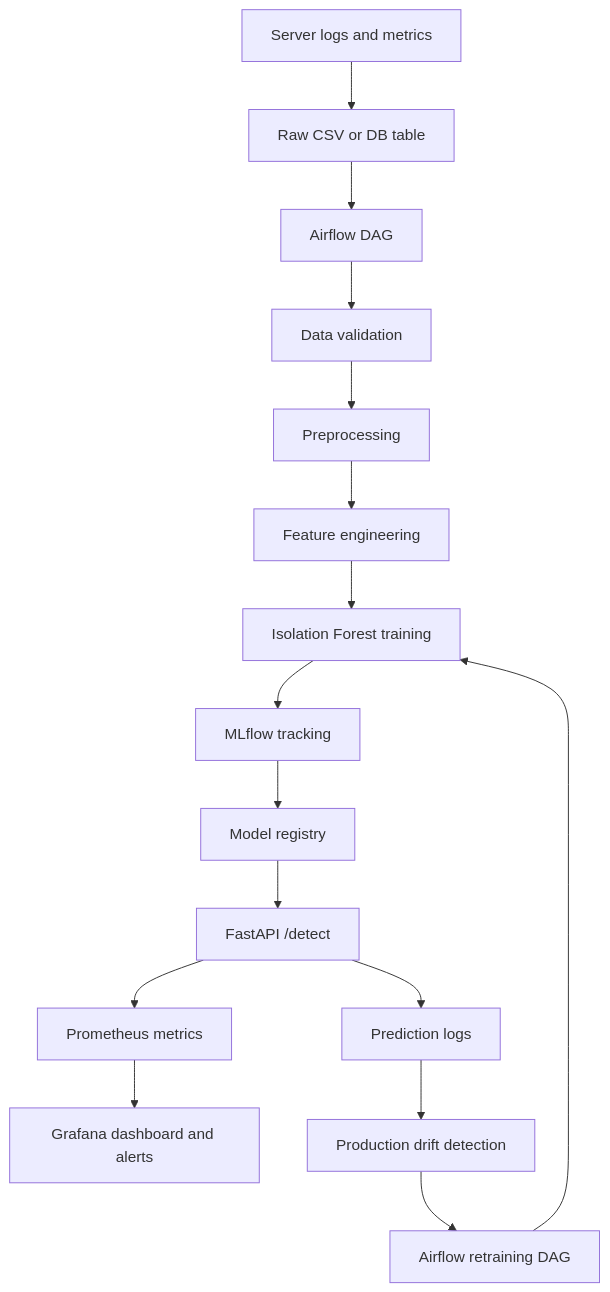
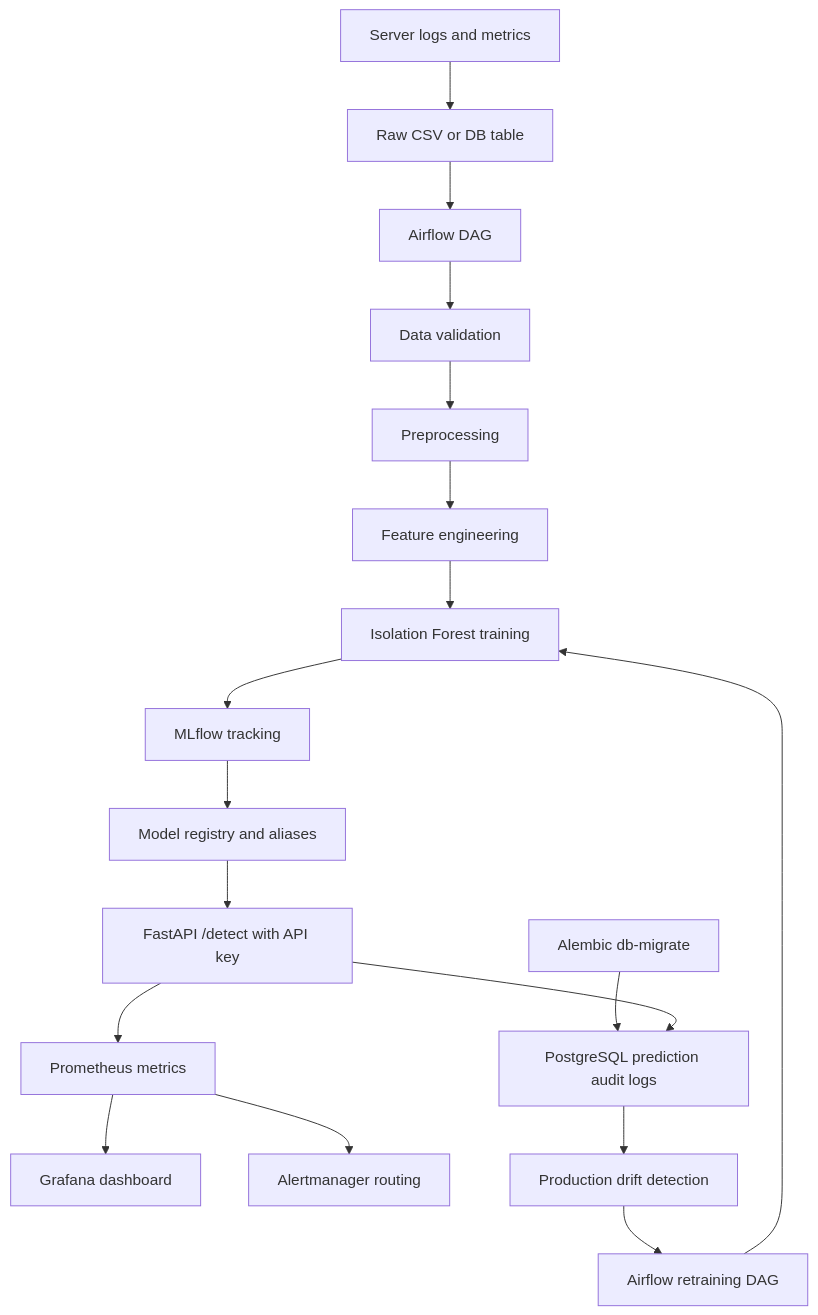
The diagram in docs/architecture.md (peaceful-fptu-k16/final_ddm501), drawn with Mermaid before and after one commit. The commit also changed other lines of this file and 29 other files, not shown here.

````diff
--- a/docs/architecture.md
+++ b/docs/architecture.md
@@ -3,18 +3,20 @@
 ```mermaid
 flowchart TD
     logs["Server logs and metrics"] --> raw["Raw CSV or DB table"]
     raw --> airflow["Airflow DAG"]
     airflow --> validate["Data validation"]
     validate --> preprocess["Preprocessing"]
     preprocess --> features["Feature engineering"]
     features --> train["Isolation Forest training"]
     train --> mlflow["MLflow tracking"]
-    mlflow --> registry["Model registry"]
-    registry --> fastapi["FastAPI /detect"]
-    fastapi --> predictions["Prediction logs"]
+    mlflow --> registry["Model registry and aliases"]
+    registry --> fastapi["FastAPI /detect with API key"]
+    migrate["Alembic db-migrate"] --> predictions["PostgreSQL prediction audit logs"]
+    fastapi --> predictions
     fastapi --> prometheus["Prometheus metrics"]
-    prometheus --> grafana["Grafana dashboard and alerts"]
+    prometheus --> grafana["Grafana dashboard"]
+    prometheus --> alertmanager["Alertmanager routing"]
     predictions --> drift["Production drift detection"]
     drift --> retrain["Airflow retraining DAG"]
     retrain --> train
 ```
````
